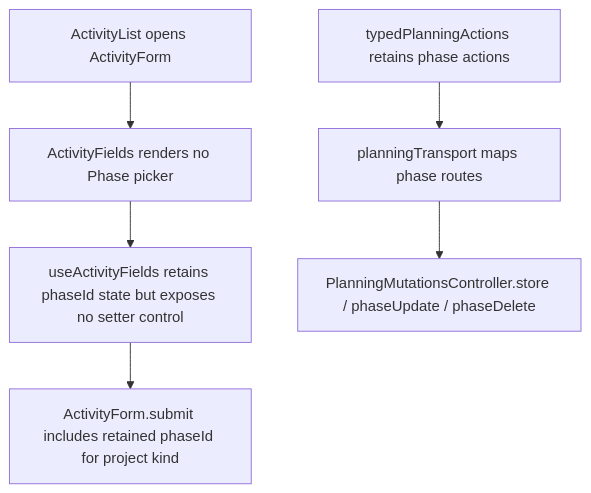
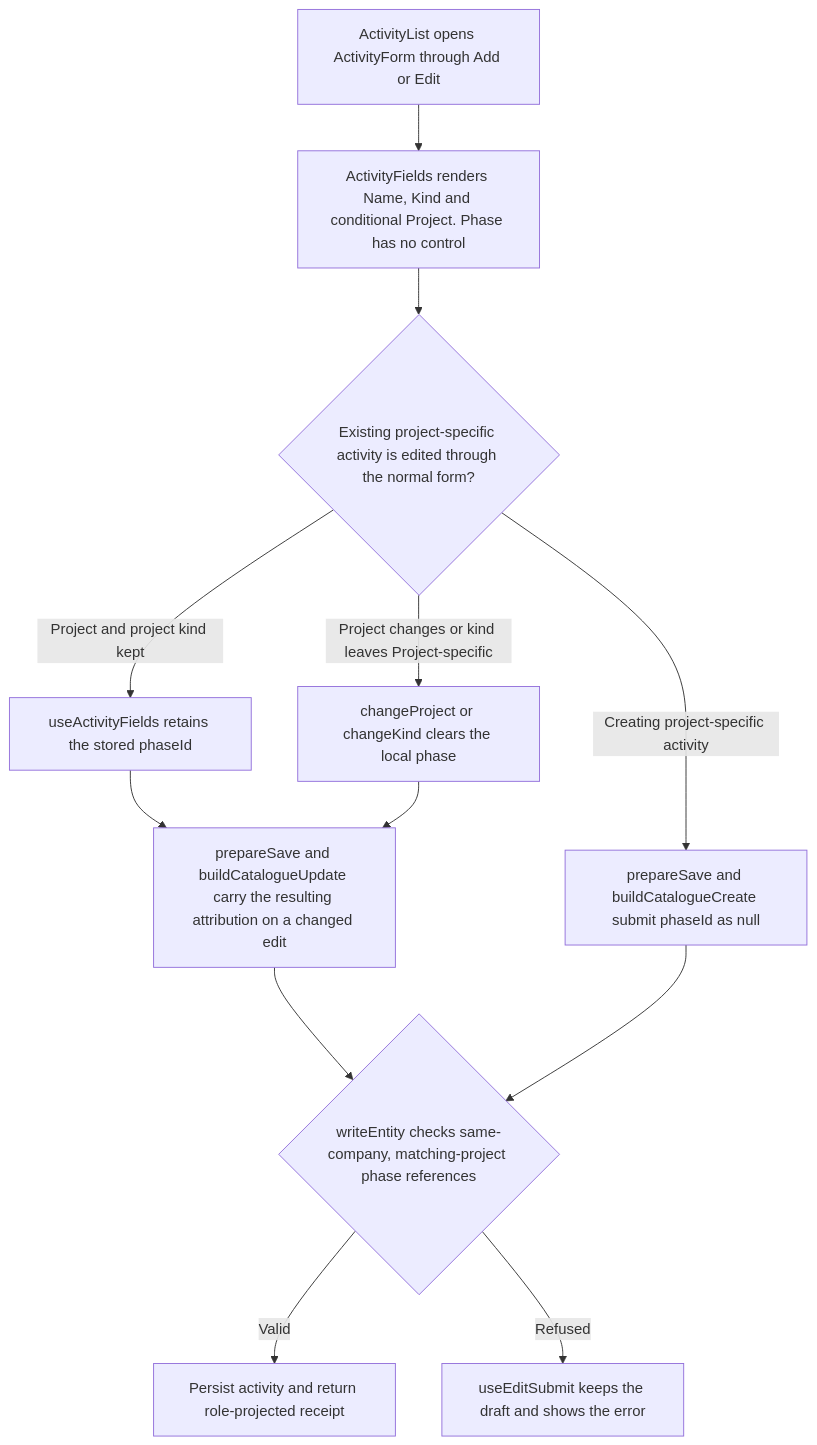
The second of 2 diagrams in user-stories/activities/US-ACT-02-activity-phase.md (Kevinjohn/capacitylens), drawn with Mermaid before and after one commit. The commit also changed other lines of this file and 172 other files, not shown here.

Commit message:
docs: reconcile user story code flows with source

````diff
--- a/user-stories/activities/US-ACT-02-activity-phase.md
+++ b/user-stories/activities/US-ACT-02-activity-phase.md
@@ -33,7 +33,14 @@
 ```mermaid
 flowchart TD
-  A["ActivityList opens ActivityForm"] --> B["ActivityFields renders no Phase picker"]
-  B --> C["useActivityFields retains phaseId state but exposes no setter control"]
-  C --> D["ActivityForm.submit includes retained phaseId for project kind"]
-  E["typedPlanningActions retains phase actions"] --> F["planningTransport maps phase routes"] --> G["PlanningMutationsController.store / phaseUpdate / phaseDelete"]
+  LIST["ActivityList opens ActivityForm through Add or Edit"] --> FIELDS["ActivityFields renders Name, Kind and conditional Project. Phase has no control"]
+  FIELDS --> CHANGE{"Existing project-specific activity is edited through the normal form?"}
+  CHANGE -->|Project and project kind kept| KEEP["useActivityFields retains the stored phaseId"]
+  CHANGE -->|Project changes or kind leaves Project-specific| CLEAR["changeProject or changeKind clears the local phase"]
+  KEEP --> SAVE["prepareSave and buildCatalogueUpdate carry the resulting attribution on a changed edit"]
+  CLEAR --> SAVE
+  SAVE --> CHECK{"writeEntity checks same-company, matching-project phase references"}
+  CHECK -->|Valid| ROW["Persist activity and return role-projected receipt"]
+  CHECK -->|Refused| ERROR["useEditSubmit keeps the draft and shows the error"]
+  CHANGE -->|Creating project-specific activity| NEW["prepareSave and buildCatalogueCreate submit phaseId as null"]
+  NEW --> CHECK
 ```
````
